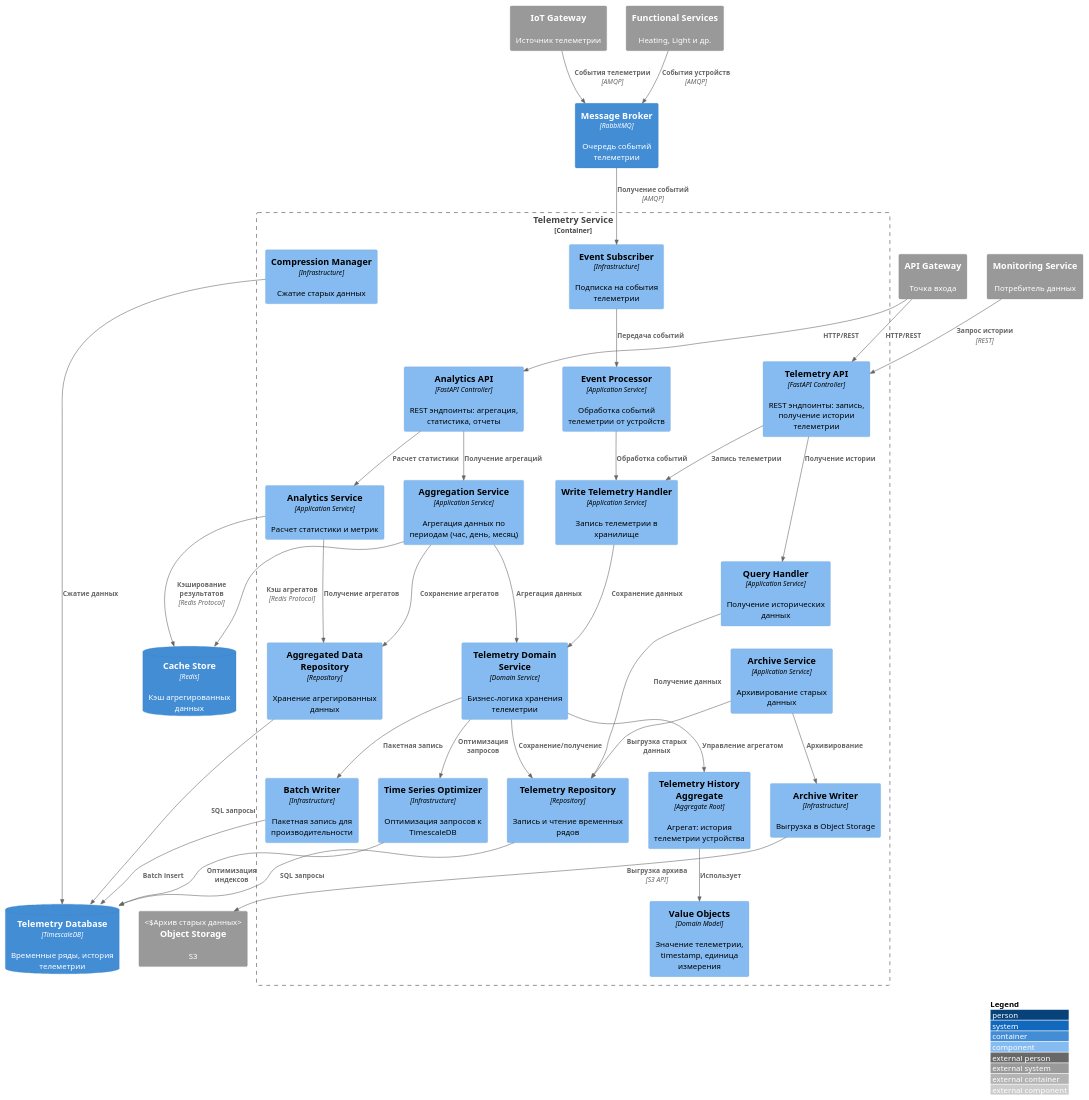
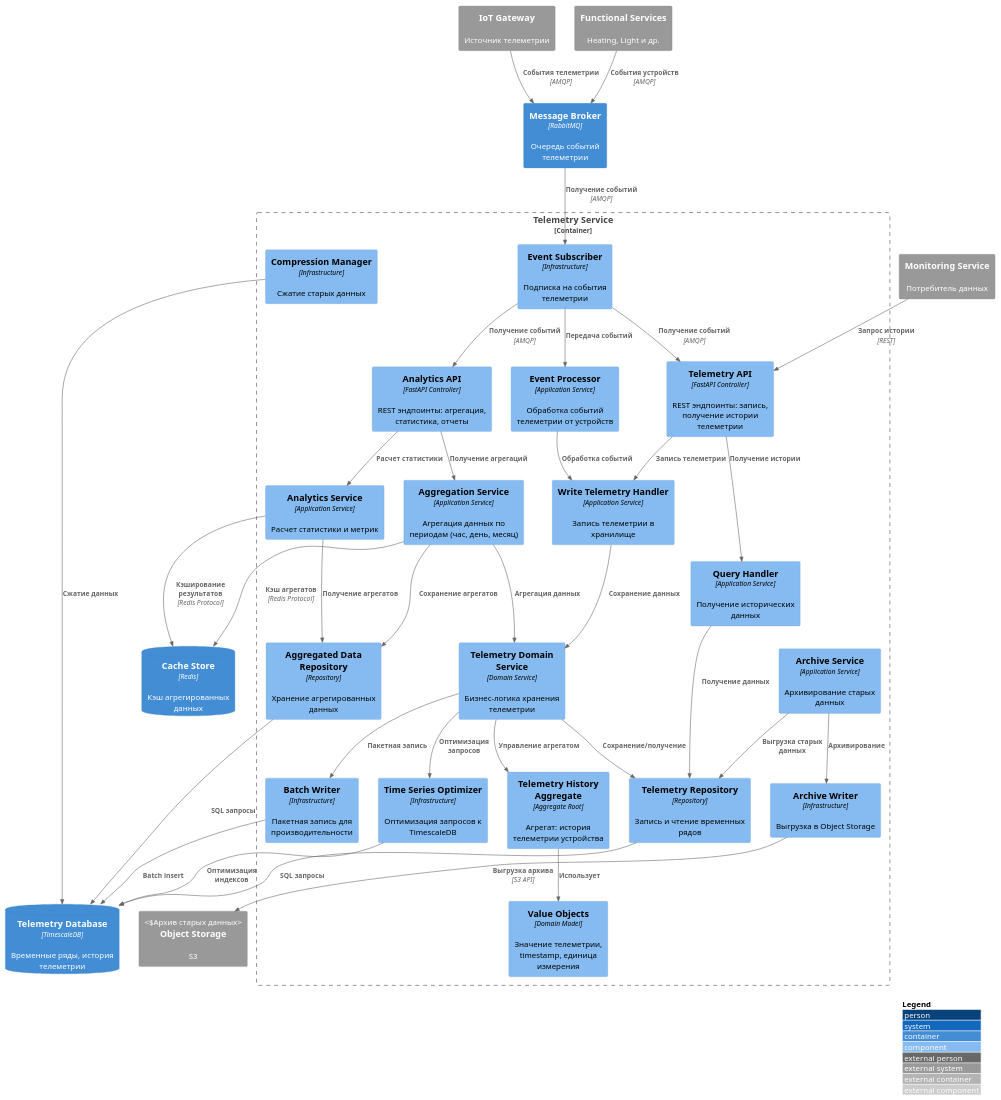
The diagram in schemas/c4-components/c4-telemetry-components.puml (talasbekov/warmhouse), drawn with PlantUML before and after one commit. The commit also changed 23 other files, not shown here.

```diff
--- a/schemas/c4-components/c4-telemetry-components.puml
+++ b/schemas/c4-components/c4-telemetry-components.puml
@@ -1,90 +1,89 @@
 @startuml C4_Components_TelemetryService
 !include https://raw.githubusercontent.com/plantuml-stdlib/C4-PlantUML/master/C4_Component.puml
 
 LAYOUT_WITH_LEGEND()
 
 Container_Boundary(telemetryService, "Telemetry Service") {
 
     ' === API Layer ===
     Component(telemetryAPI, "Telemetry API", "FastAPI Controller", "REST эндпоинты: запись, получение истории телеметрии")
     Component(analyticsAPI, "Analytics API", "FastAPI Controller", "REST эндпоинты: агрегация, статистика, отчеты")
 
     ' === Application Layer ===
     Component(writeHandler, "Write Telemetry Handler", "Application Service", "Запись телеметрии в хранилище")
     Component(queryHandler, "Query Handler", "Application Service", "Получение исторических данных")
     Component(aggregationService, "Aggregation Service", "Application Service", "Агрегация данных по периодам (час, день, месяц)")
     Component(analyticsService, "Analytics Service", "Application Service", "Расчет статистики и метрик")
     Component(archiveService, "Archive Service", "Application Service", "Архивирование старых данных")
     Component(eventProcessor, "Event Processor", "Application Service", "Обработка событий телеметрии от устройств")
 
     ' === Domain Layer ===
     Component(telemetryDomainService, "Telemetry Domain Service", "Domain Service", "Бизнес-логика хранения телеметрии")
     Component(telemetryAggregate, "Telemetry History Aggregate", "Aggregate Root", "Агрегат: история телеметрии устройства")
     Component(valueObjects, "Value Objects", "Domain Model", "Значение телеметрии, timestamp, единица измерения")
 
     ' === Infrastructure Layer ===
     Component(telemetryRepo, "Telemetry Repository", "Repository", "Запись и чтение временных рядов")
     Component(aggregatedDataRepo, "Aggregated Data Repository", "Repository", "Хранение агрегированных данных")
     Component(timeSeriesOptimizer, "Time Series Optimizer", "Infrastructure", "Оптимизация запросов к TimescaleDB")
     Component(batchWriter, "Batch Writer", "Infrastructure", "Пакетная запись для производительности")
     Component(compressionManager, "Compression Manager", "Infrastructure", "Сжатие старых данных")
     Component(eventSubscriber, "Event Subscriber", "Infrastructure", "Подписка на события телеметрии")
     Component(archiveWriter, "Archive Writer", "Infrastructure", "Выгрузка в Object Storage")
 }
 
 ContainerDb(telemetryDb, "Telemetry Database", "TimescaleDB", "Временные ряды, история телеметрии")
 ContainerDb(cacheStore, "Cache Store", "Redis", "Кэш агрегированных данных")
 Container(messageBroker, "Message Broker", "RabbitMQ", "Очередь событий телеметрии")
 System_Ext(objectStorage, "Object Storage", "S3", "Архив старых данных")
 
-System_Ext(apiGateway, "API Gateway", "Точка входа")
 System_Ext(iotGateway, "IoT Gateway", "Источник телеметрии")
 System_Ext(monitoringService, "Monitoring Service", "Потребитель данных")
 System_Ext(functionalServices, "Functional Services", "Heating, Light и др.")
 
 ' === Связи API Layer ===
-Rel(apiGateway, telemetryAPI, "HTTP/REST")
-Rel(apiGateway, analyticsAPI, "HTTP/REST")
 Rel(telemetryAPI, writeHandler, "Запись телеметрии")
 Rel(telemetryAPI, queryHandler, "Получение истории")
 Rel(analyticsAPI, aggregationService, "Получение агрегаций")
 Rel(analyticsAPI, analyticsService, "Расчет статистики")
+Rel(eventSubscriber, telemetryAPI, "Получение событий", "AMQP")
+Rel(eventSubscriber, analyticsAPI, "Получение событий", "AMQP")
 
 ' === Application Layer связи ===
 Rel(writeHandler, telemetryDomainService, "Сохранение данных")
 Rel(queryHandler, telemetryRepo, "Получение данных")
 Rel(aggregationService, telemetryDomainService, "Агрегация данных")
 Rel(analyticsService, aggregatedDataRepo, "Получение агрегатов")
 Rel(archiveService, telemetryRepo, "Выгрузка старых данных")
 Rel(eventProcessor, writeHandler, "Обработка событий")
 
 ' === Domain Layer связи ===
 Rel(telemetryDomainService, telemetryAggregate, "Управление агрегатом")
 Rel(telemetryAggregate, valueObjects, "Использует")
 Rel(telemetryDomainService, batchWriter, "Пакетная запись")
 Rel(telemetryDomainService, timeSeriesOptimizer, "Оптимизация запросов")
 
 ' === Infrastructure связи ===
 Rel(telemetryRepo, telemetryDb, "SQL запросы")
 Rel(aggregatedDataRepo, telemetryDb, "SQL запросы")
 Rel(batchWriter, telemetryDb, "Batch insert")
 Rel(telemetryDomainService, telemetryRepo, "Сохранение/получение")
 Rel(aggregationService, aggregatedDataRepo, "Сохранение агрегатов")
 
 Rel(timeSeriesOptimizer, telemetryDb, "Оптимизация индексов")
 Rel(compressionManager, telemetryDb, "Сжатие данных")
 Rel(archiveWriter, objectStorage, "Выгрузка архива", "S3 API")
 Rel(archiveService, archiveWriter, "Архивирование")
 
 Rel(analyticsService, cacheStore, "Кэширование результатов", "Redis Protocol")
 Rel(aggregationService, cacheStore, "Кэш агрегатов", "Redis Protocol")
 
 Rel(messageBroker, eventSubscriber, "Получение событий", "AMQP")
 Rel(eventSubscriber, eventProcessor, "Передача событий")
 
 ' === Внешние связи ===
 Rel(iotGateway, messageBroker, "События телеметрии", "AMQP")
 Rel(functionalServices, messageBroker, "События устройств", "AMQP")
 Rel(monitoringService, telemetryAPI, "Запрос истории", "REST")
 
 @enduml
```
